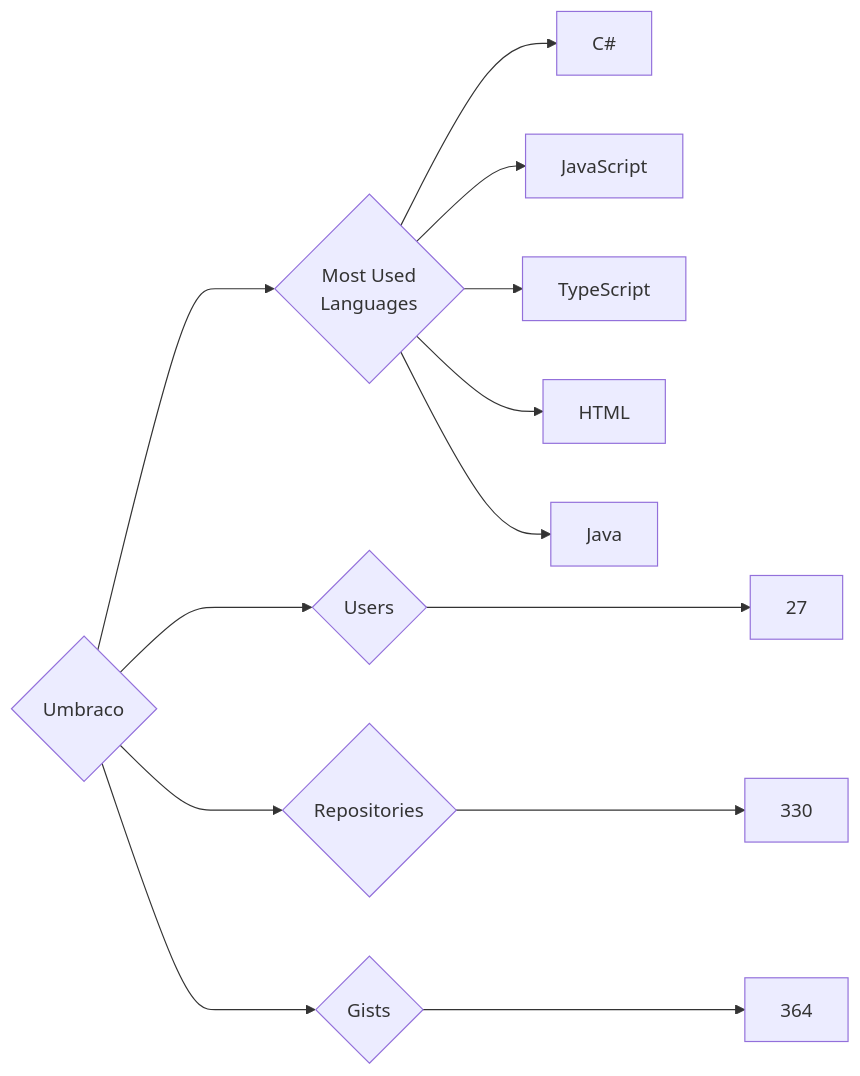
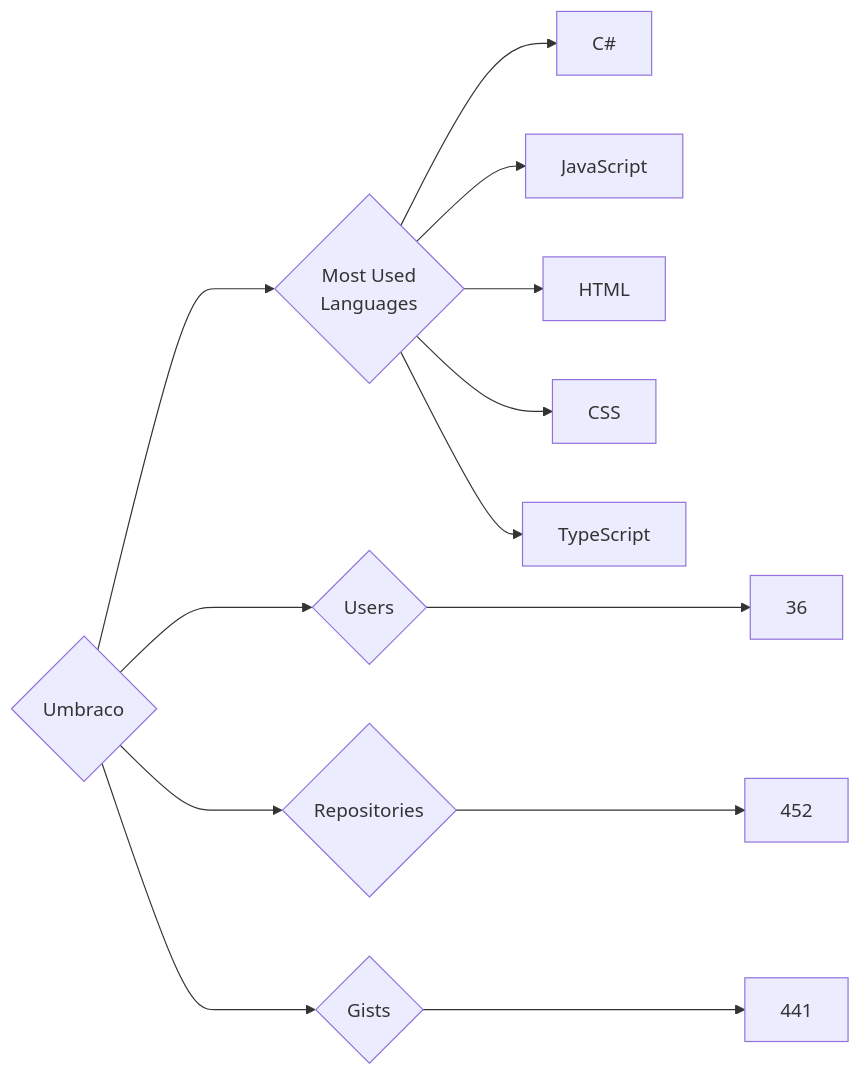
Before and after one commit to trickest/insiders: the diagram in targets/Umbraco/README.md, drawn with Mermaid. The commit also changed 995 other files, not shown here.

````diff
--- a/targets/Umbraco/README.md
+++ b/targets/Umbraco/README.md
@@ -3,13 +3,13 @@
 ```mermaid
 graph LR
 COMPANY_NAME{Umbraco}
-COMPANY_NAME ---> U{Users} ---> UN[27]
-COMPANY_NAME ---> R{Repositories} ---> RN[330]
-COMPANY_NAME ---> G{Gists} ---> GN[364]
+COMPANY_NAME ---> U{Users} ---> UN[36]
+COMPANY_NAME ---> R{Repositories} ---> RN[452]
+COMPANY_NAME ---> G{Gists} ---> GN[441]
 COMPANY_NAME ---> ML{Most Used<br>Languages}
 ML --> C#[C#]
 ML --> JavaScript[JavaScript]
+ML --> HTML[HTML]
+ML --> CSS[CSS]
 ML --> TypeScript[TypeScript]
-ML --> HTML[HTML]
-ML --> Java[Java]
 ```
````
